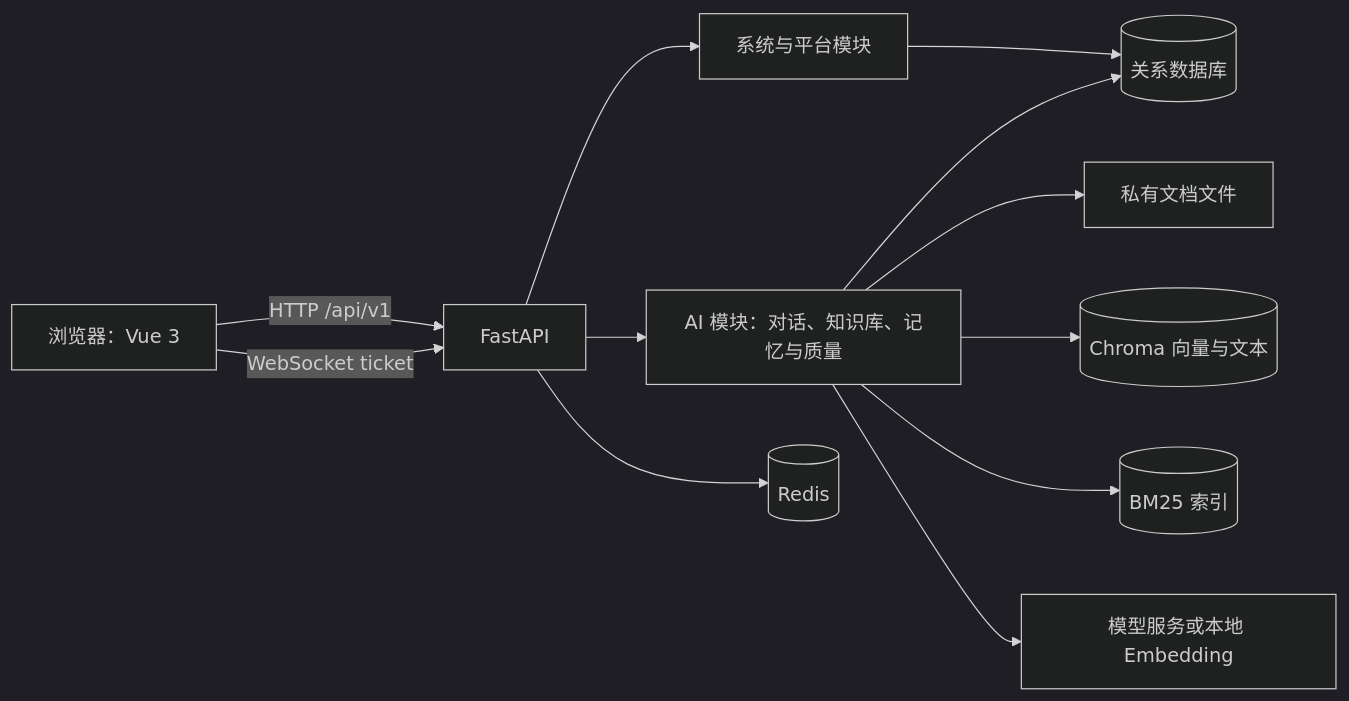
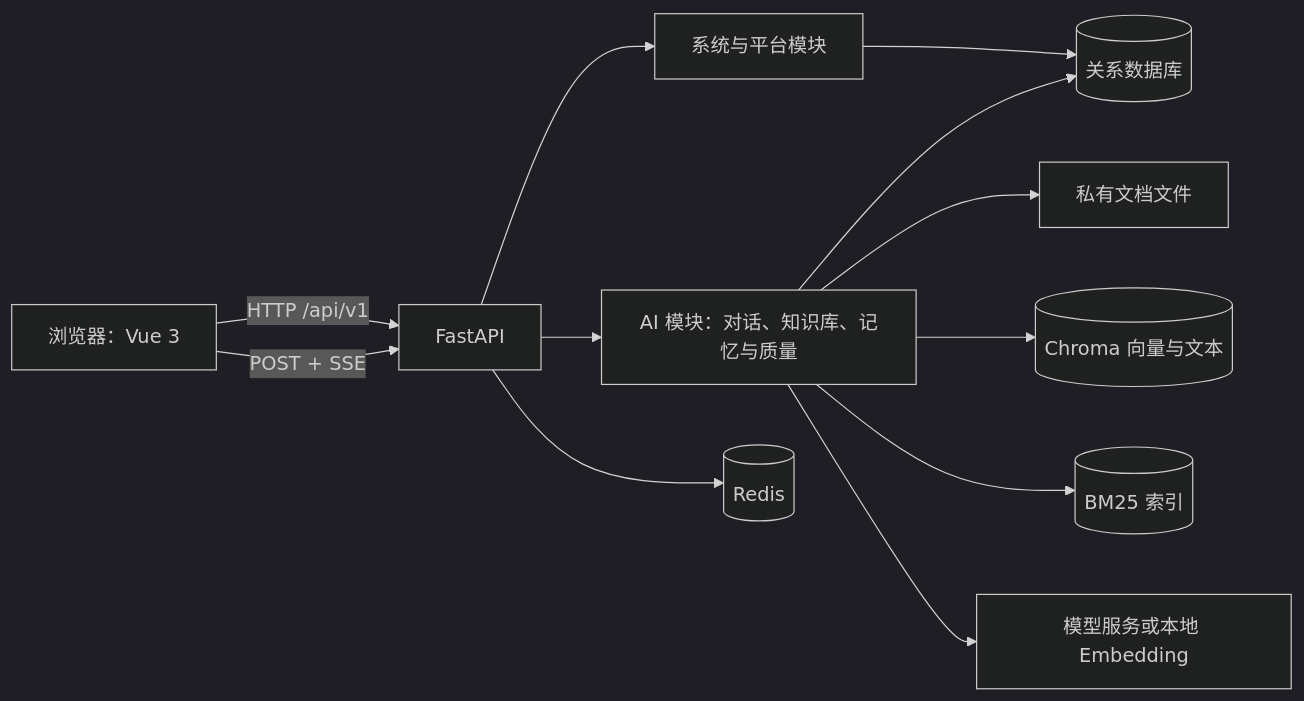
Before and after one commit to kaliluying/FastapiAdmin: the diagram in docs/ARCHITECTURE_AND_DEVELOPMENT.md, drawn with Mermaid (dark theme). The commit also changed other lines of this file and 110 other files, not shown here.

````diff
--- a/docs/ARCHITECTURE_AND_DEVELOPMENT.md
+++ b/docs/ARCHITECTURE_AND_DEVELOPMENT.md
@@ -11,14 +11,14 @@
 ```mermaid
 flowchart LR
     U[浏览器：Vue 3] -->|HTTP /api/v1| A[FastAPI]
-    U -->|WebSocket ticket| A
+    U -->|POST + SSE| A
     A --> S[系统与平台模块]
     A --> K[AI 模块：对话、知识库、记忆与质量]
     S --> DB[(关系数据库)]
     K --> DB
     A --> R[(Redis)]
     K --> F[私有文档文件]
     K --> C[(Chroma 向量与文本)]
     K --> B[(BM25 索引)]
     K --> M[模型服务或本地 Embedding]
 ```
````
